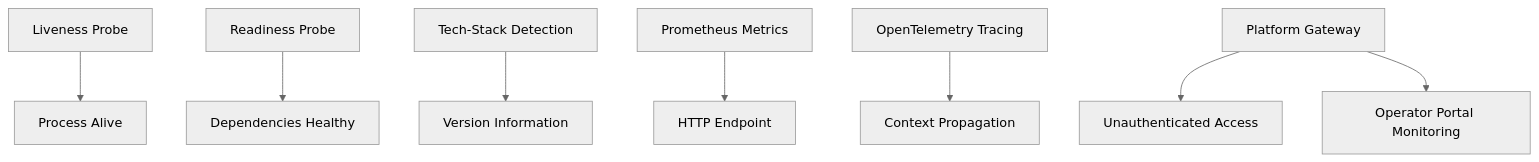
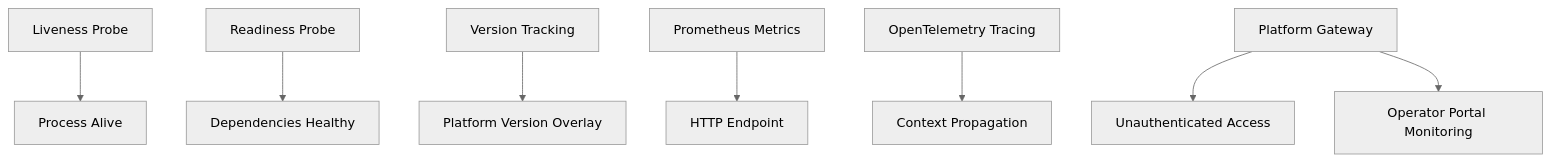
The ninth of 11 diagrams in .qoder/repowiki/en/content/API Reference/Agent Platform API/Health & Monitoring API.md (metasync/luban-aiops), drawn with Mermaid (neutral theme) before and after one commit. The commit also changed other lines of this file and 5 other files, not shown here.

````diff
--- a/.qoder/repowiki/en/content/API Reference/Agent Platform API/Health & Monitoring API.md
+++ b/.qoder/repowiki/en/content/API Reference/Agent Platform API/Health & Monitoring API.md
@@ -444,10 +478,10 @@
 ```mermaid
 graph TB
 Liveness["Liveness Probe"] --> Process["Process Alive"]
 Readiness["Readiness Probe"] --> Dependencies["Dependencies Healthy"]
-TechDetection["Tech-Stack Detection"] --> Versions["Version Information"]
+VersionTracking["Version Tracking"] --> PlatformVersion["Platform Version Overlay"]
 Metrics["Prometheus Metrics"] --> Exporter["HTTP Endpoint"]
 Tracing["OpenTelemetry Tracing"] --> Propagation["Context Propagation"]
 Gateway["Platform Gateway"] --> Unauth["Unauthenticated Access"]
 Gateway --> OperatorPortal["Operator Portal Monitoring"]
 ```
````
